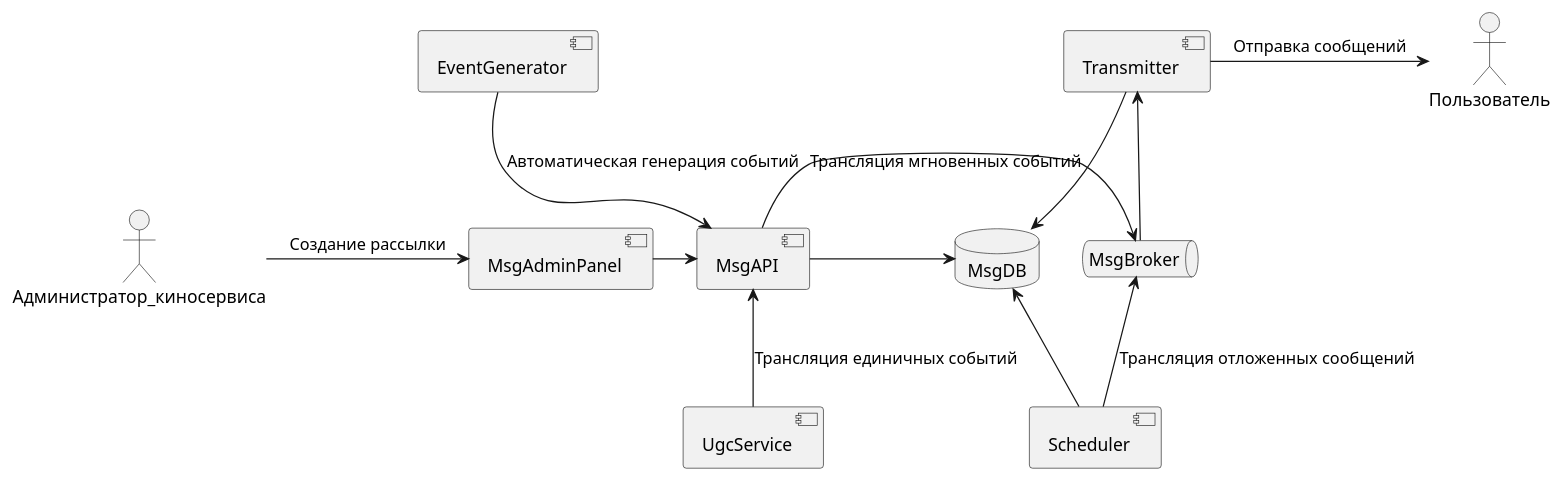
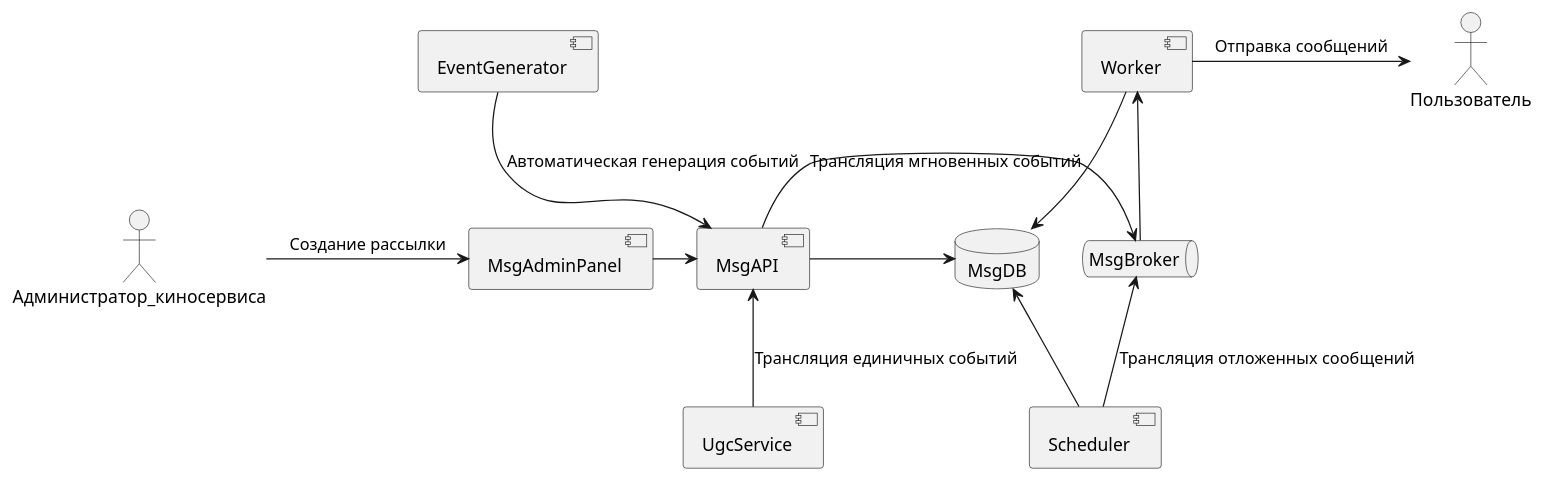
The diagram in docs/architecture/notification_service.puml (Kirill-Drozdov/ugc_sprint_2), drawn with PlantUML before and after one commit. The commit also changed 2 other files, not shown here.

```diff
--- a/docs/architecture/notification_service.puml
+++ b/docs/architecture/notification_service.puml
@@ -1,26 +1,26 @@
 @startuml
 skinparam componentStyle uml2
 actor Администратор_киносервиса as Admin
 actor Пользователь as User
 component MsgAdminPanel
 component UgcService
 component MsgAPI
-component Transmitter
+component Worker
 component EventGenerator
 component Scheduler
 database MsgDB
 queue MsgBroker
 
 Admin -> MsgAdminPanel: Создание рассылки
 MsgAdminPanel -> MsgAPI
 EventGenerator -down-> MsgAPI: Автоматическая генерация событий
 UgcService -up-> MsgAPI: Трансляция единичных событий
 MsgAPI -> MsgBroker: Трансляция мгновенных событий
 Scheduler -up-> MsgBroker: Трансляция отложенных сообщений
 MsgAPI -> MsgDB
-Transmitter -> MsgDB
+Worker -> MsgDB
 Scheduler -up-> MsgDB
-MsgBroker -up-> Transmitter
-Transmitter -> User: Отправка сообщений
+MsgBroker -up-> Worker
+Worker -> User: Отправка сообщений
 
 @enduml
```
